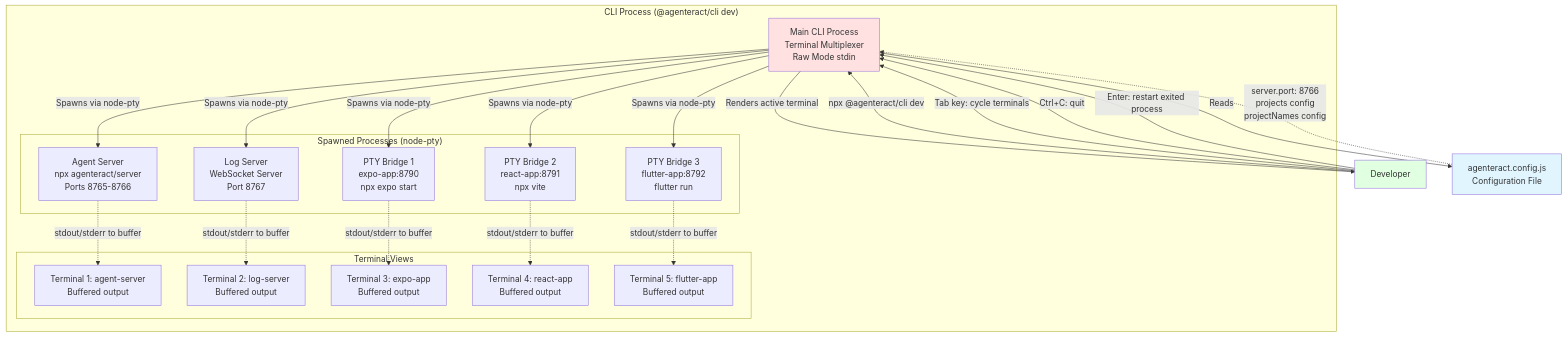
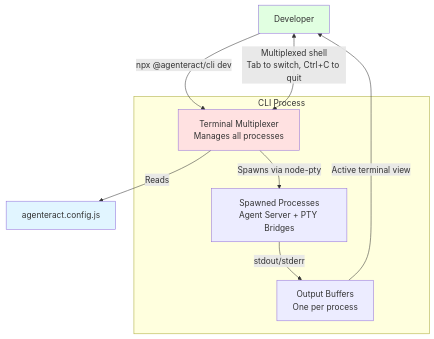
The sixth of 9 diagrams in docs/ARCHITECTURE.md (agenteract/agenteract), drawn with Mermaid before and after one commit. The commit also changed other lines of this file, not shown here.

First line of the commit message:
docs: simplify AgentDebugBridge and CLI diagrams to reduce complexity

````diff
--- a/docs/ARCHITECTURE.md
+++ b/docs/ARCHITECTURE.md
@@ -489,52 +455,23 @@
 ```mermaid
 graph TB
-    subgraph "CLI Process (@agenteract/cli dev)"
-        MAIN[Main CLI Process<br/>Terminal Multiplexer<br/>Raw Mode stdin]
+    USER[Developer]
+    CONFIG[agenteract.config.js]
 
-        subgraph "Spawned Processes (node-pty)"
-            SERVER["Agent Server<br/>npx agenteract/server<br/>Ports 8765-8766"]
-            LOG["Log Server<br/>WebSocket Server<br/>Port 8767"]
-            PTY1[PTY Bridge 1<br/>expo-app:8790<br/>npx expo start]
-            PTY2[PTY Bridge 2<br/>react-app:8791<br/>npx vite]
-            PTY3[PTY Bridge 3<br/>flutter-app:8792<br/>flutter run]
-        end
-
-        subgraph "Terminal Views"
-            TAB1[Terminal 1: agent-server<br/>Buffered output]
-            TAB2[Terminal 2: log-server<br/>Buffered output]
-            TAB3[Terminal 3: expo-app<br/>Buffered output]
-            TAB4[Terminal 4: react-app<br/>Buffered output]
-            TAB5[Terminal 5: flutter-app<br/>Buffered output]
-        end
+    subgraph "CLI Process"
+        MAIN[Terminal Multiplexer<br/>Manages all processes]
+        PROCESSES[Spawned Processes<br/>Agent Server + PTY Bridges]
+        BUFFERS[Output Buffers<br/>One per process]
     end
-
-    USER[Developer]
-    CONFIG[agenteract.config.js<br/>Configuration File]
 
     USER -->|npx @agenteract/cli dev| MAIN
     MAIN -->|Reads| CONFIG
+    MAIN -->|Spawns via node-pty| PROCESSES
+    PROCESSES -->|stdout/stderr| BUFFERS
+    BUFFERS -->|Active terminal view| USER
 
-    CONFIG -.->|server.port: 8766<br/>projects config<br/>projectNames config| MAIN
-
-    MAIN -->|Spawns via node-pty| SERVER
-    MAIN -->|Spawns via node-pty| LOG
-    MAIN -->|Spawns via node-pty| PTY1
-    MAIN -->|Spawns via node-pty| PTY2
-    MAIN -->|Spawns via node-pty| PTY3
-
-    SERVER -.->|stdout/stderr to buffer| TAB1
-    LOG -.->|stdout/stderr to buffer| TAB2
-    PTY1 -.->|stdout/stderr to buffer| TAB3
-    PTY2 -.->|stdout/stderr to buffer| TAB4
-    PTY3 -.->|stdout/stderr to buffer| TAB5
-
-    MAIN -->|Renders active terminal| USER
-
-    USER -->|Tab key: cycle terminals| MAIN
-    USER -->|Ctrl+C: quit| MAIN
-    USER -->|Enter: restart exited process| MAIN
+    USER <-->|Multiplexed shell<br/>Tab to switch, Ctrl+C to quit| MAIN
 
     style MAIN fill:#ffe1e1
     style CONFIG fill:#e1f5ff
     style USER fill:#e1ffe1
 ```
````
